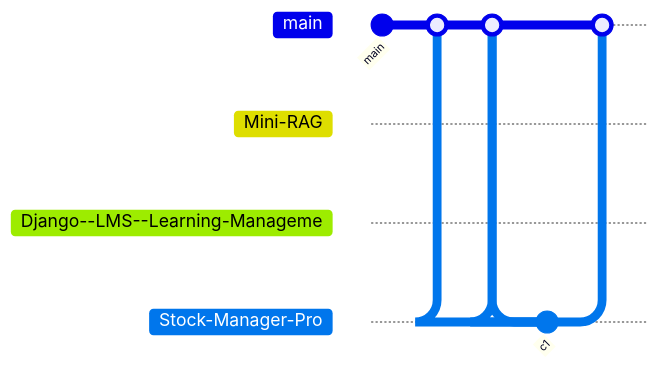
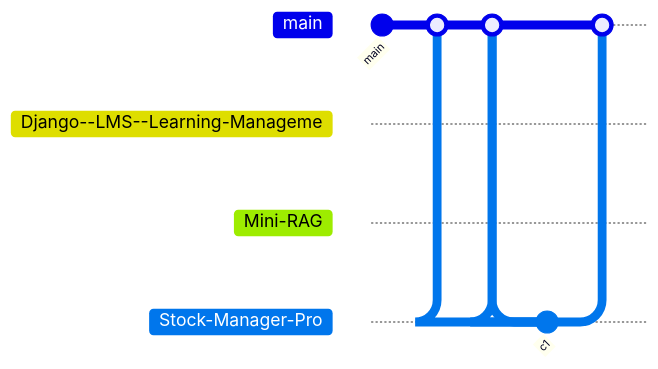
Before and after one commit to AbdullahBakir97/AbdullahBakir97: the diagram in README.md, drawn with Mermaid. The commit also changed other lines of this file and 4 other files, not shown here.

````diff
--- a/README.md
+++ b/README.md
@@ -336,19 +336,19 @@
 ```mermaid
 gitGraph
    commit id: "main"
+   branch Django--LMS--Learning-Manageme
+   checkout Django--LMS--Learning-Manageme
+   commit id: "c1"
+   checkout main
+   merge Django--LMS--Learning-Manageme
    branch Mini-RAG
    checkout Mini-RAG
    commit id: "c1"
    checkout main
    merge Mini-RAG
-   branch Django--LMS--Learning-Manageme
-   checkout Django--LMS--Learning-Manageme
-   commit id: "c1"
-   checkout main
-   merge Django--LMS--Learning-Manageme
    branch Stock-Manager-Pro
    checkout Stock-Manager-Pro
    commit id: "c1"
    checkout main
    merge Stock-Manager-Pro
 ```
````
